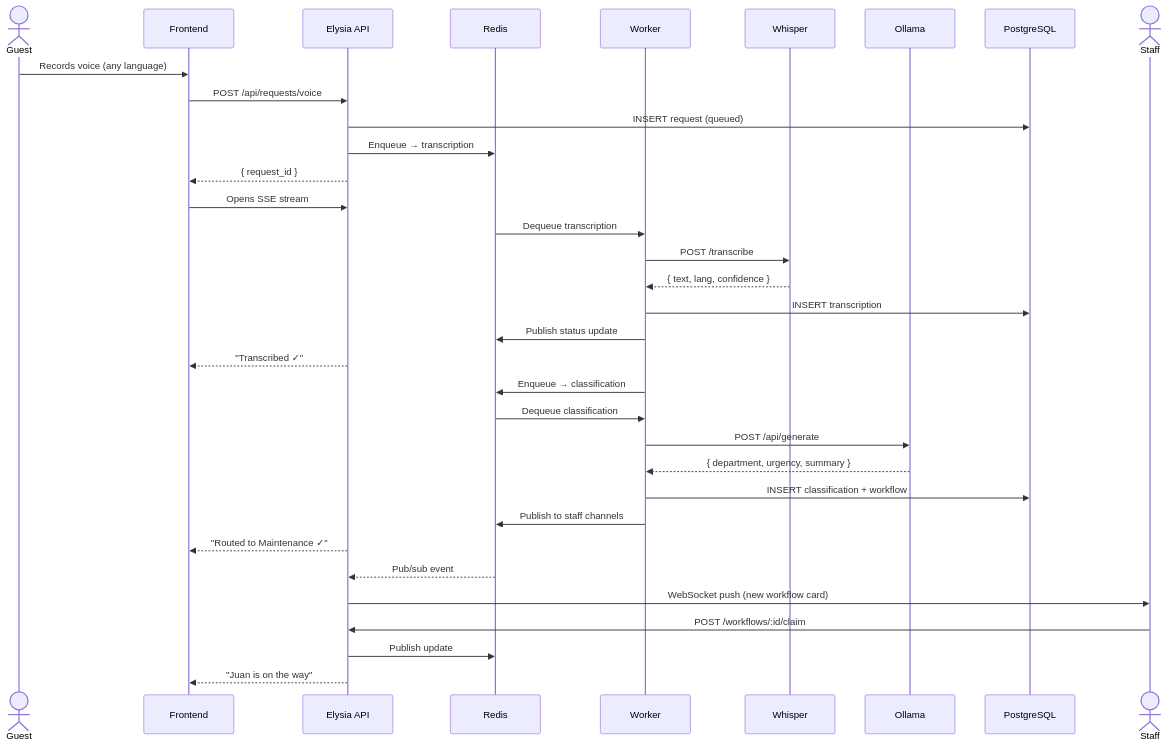
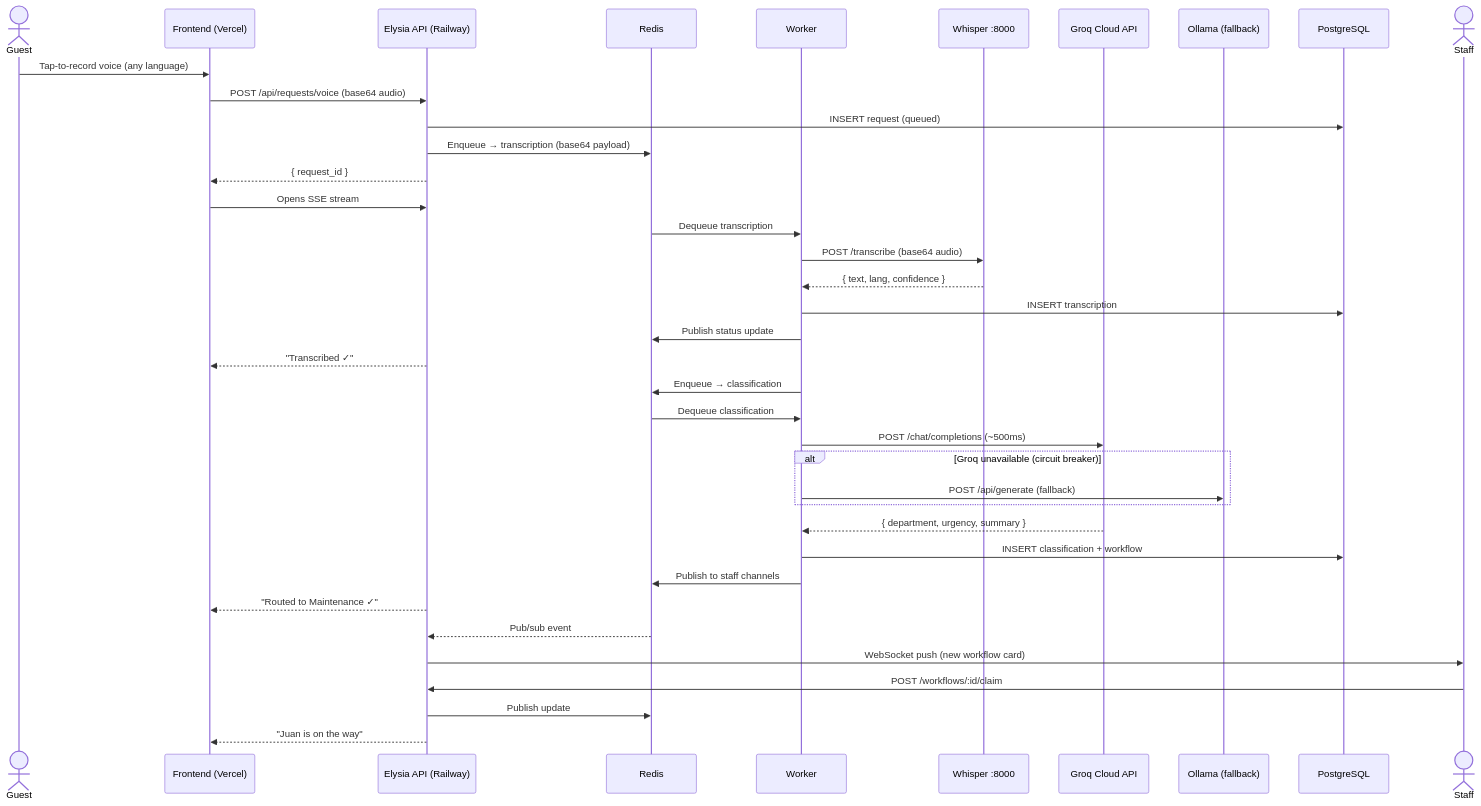
The diagram in docs/diagrams/request-lifecycle.mmd (tachyon-development/test-translation), drawn with Mermaid before and after one commit. The commit also changed 5 other files, not shown here.

```diff
--- a/docs/diagrams/request-lifecycle.mmd
+++ b/docs/diagrams/request-lifecycle.mmd
@@ -1,38 +1,42 @@
 sequenceDiagram
     actor Guest
-    participant FE as Frontend
-    participant API as Elysia API
+    participant FE as Frontend (Vercel)
+    participant API as Elysia API (Railway)
     participant Redis
     participant Worker
-    participant Whisper
-    participant Ollama
+    participant Whisper as Whisper :8000
+    participant Groq as Groq Cloud API
+    participant Ollama as Ollama (fallback)
     participant PG as PostgreSQL
     actor Staff
 
-    Guest->>FE: Records voice (any language)
-    FE->>API: POST /api/requests/voice
+    Guest->>FE: Tap-to-record voice (any language)
+    FE->>API: POST /api/requests/voice (base64 audio)
     API->>PG: INSERT request (queued)
-    API->>Redis: Enqueue → transcription
+    API->>Redis: Enqueue → transcription (base64 payload)
     API-->>FE: { request_id }
     FE->>API: Opens SSE stream
 
     Redis->>Worker: Dequeue transcription
-    Worker->>Whisper: POST /transcribe
+    Worker->>Whisper: POST /transcribe (base64 audio)
     Whisper-->>Worker: { text, lang, confidence }
     Worker->>PG: INSERT transcription
     Worker->>Redis: Publish status update
     API-->>FE: "Transcribed ✓"
 
     Worker->>Redis: Enqueue → classification
     Redis->>Worker: Dequeue classification
-    Worker->>Ollama: POST /api/generate
-    Ollama-->>Worker: { department, urgency, summary }
+    Worker->>Groq: POST /chat/completions (~500ms)
+    alt Groq unavailable (circuit breaker)
+        Worker->>Ollama: POST /api/generate (fallback)
+    end
+    Groq-->>Worker: { department, urgency, summary }
     Worker->>PG: INSERT classification + workflow
     Worker->>Redis: Publish to staff channels
     API-->>FE: "Routed to Maintenance ✓"
 
     Redis-->>API: Pub/sub event
     API->>Staff: WebSocket push (new workflow card)
     Staff->>API: POST /workflows/:id/claim
     API->>Redis: Publish update
     API-->>FE: "Juan is on the way"
```
